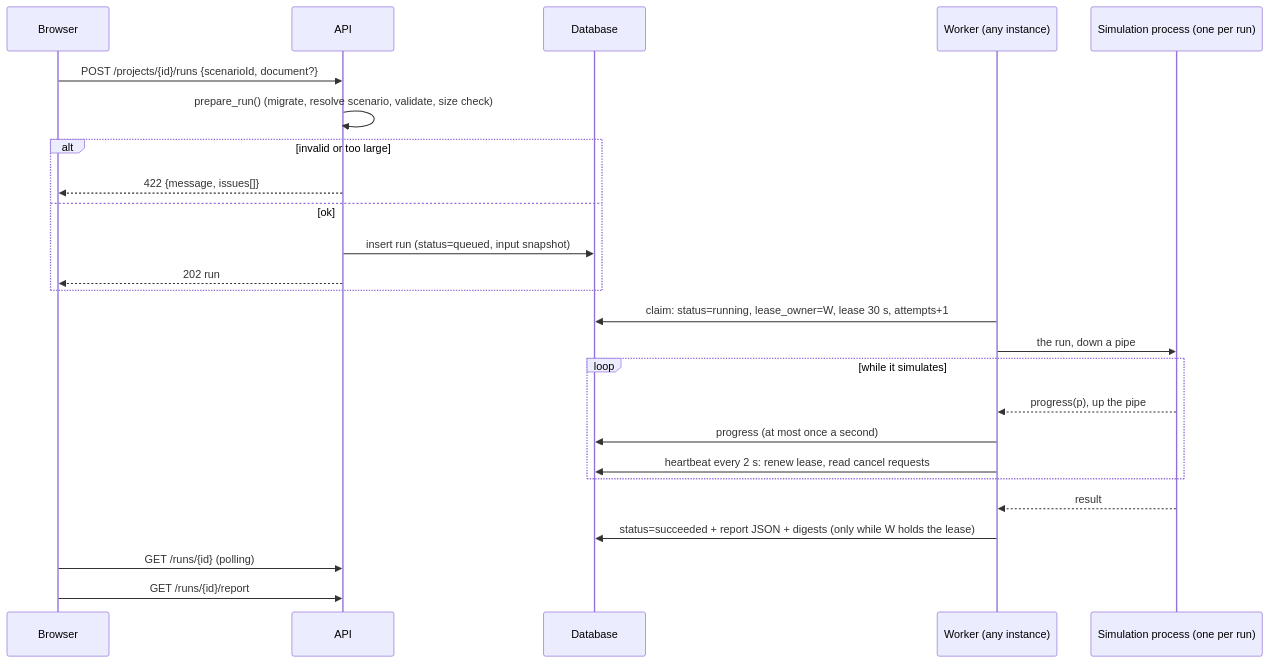
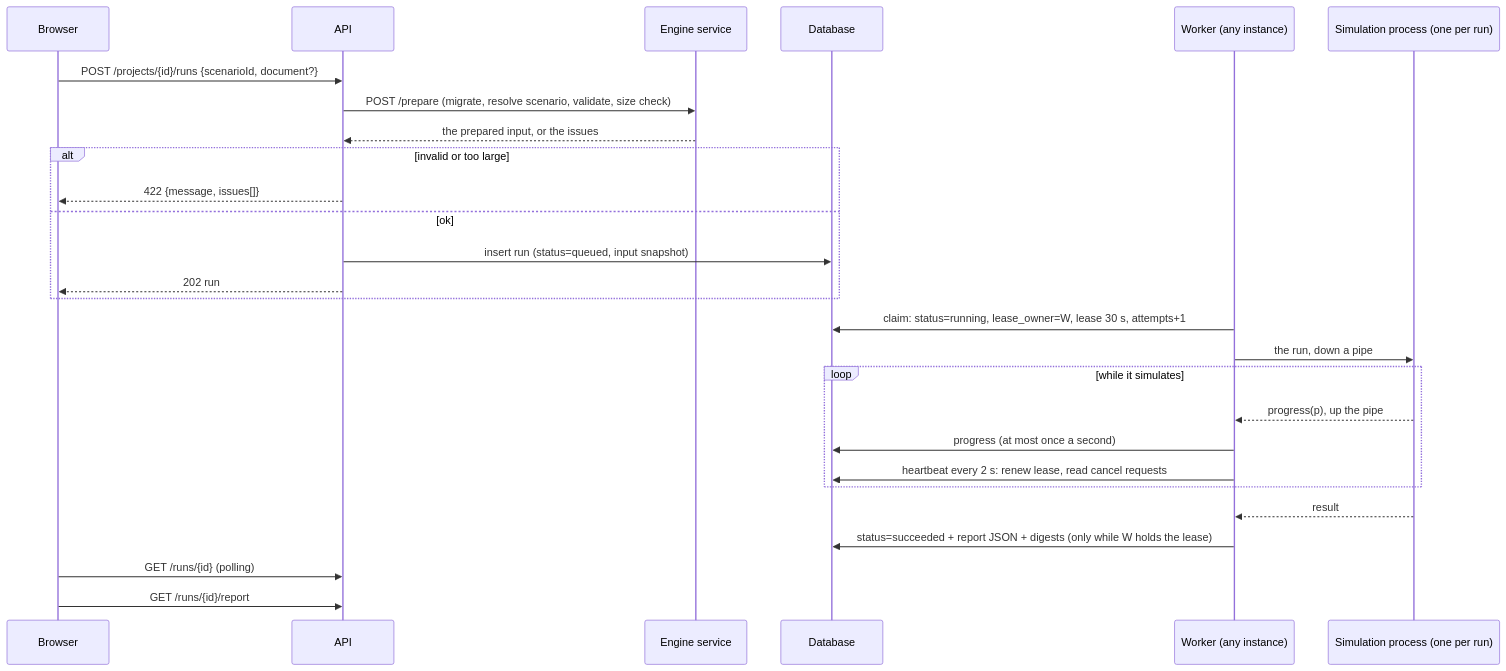
The second of 2 diagrams in docs/architecture.md (dante0747/archsim), drawn with Mermaid before and after one commit. The commit also changed other lines of this file and 83 other files, not shown here.

````diff
--- a/docs/architecture.md
+++ b/docs/architecture.md
@@ -143,27 +171,29 @@
 ```mermaid
 sequenceDiagram
   participant B as Browser
   participant A as API
+  participant S as Engine service
   participant D as Database
   participant W as Worker (any instance)
   participant E as Simulation process (one per run)
   B->>A: POST /projects/{id}/runs {scenarioId, document?}
-  A->>A: prepare_run() (migrate, resolve scenario, validate, size check)
+  A->>S: POST /prepare (migrate, resolve scenario, validate, size check)
+  S-->>A: the prepared input, or the issues
   alt invalid or too large
     A-->>B: 422 {message, issues[]}
   else ok
     A->>D: insert run (status=queued, input snapshot)
     A-->>B: 202 run
   end
   W->>D: claim: status=running, lease_owner=W, lease 30 s, attempts+1
   W->>E: the run, down a pipe
   loop while it simulates
     E-->>W: progress(p), up the pipe
     W->>D: progress (at most once a second)
     W->>D: heartbeat every 2 s: renew lease, read cancel requests
   end
   E-->>W: result
   W->>D: status=succeeded + report JSON + digests (only while W holds the lease)
   B->>A: GET /runs/{id} (polling)
   B->>A: GET /runs/{id}/report
 ```
````
